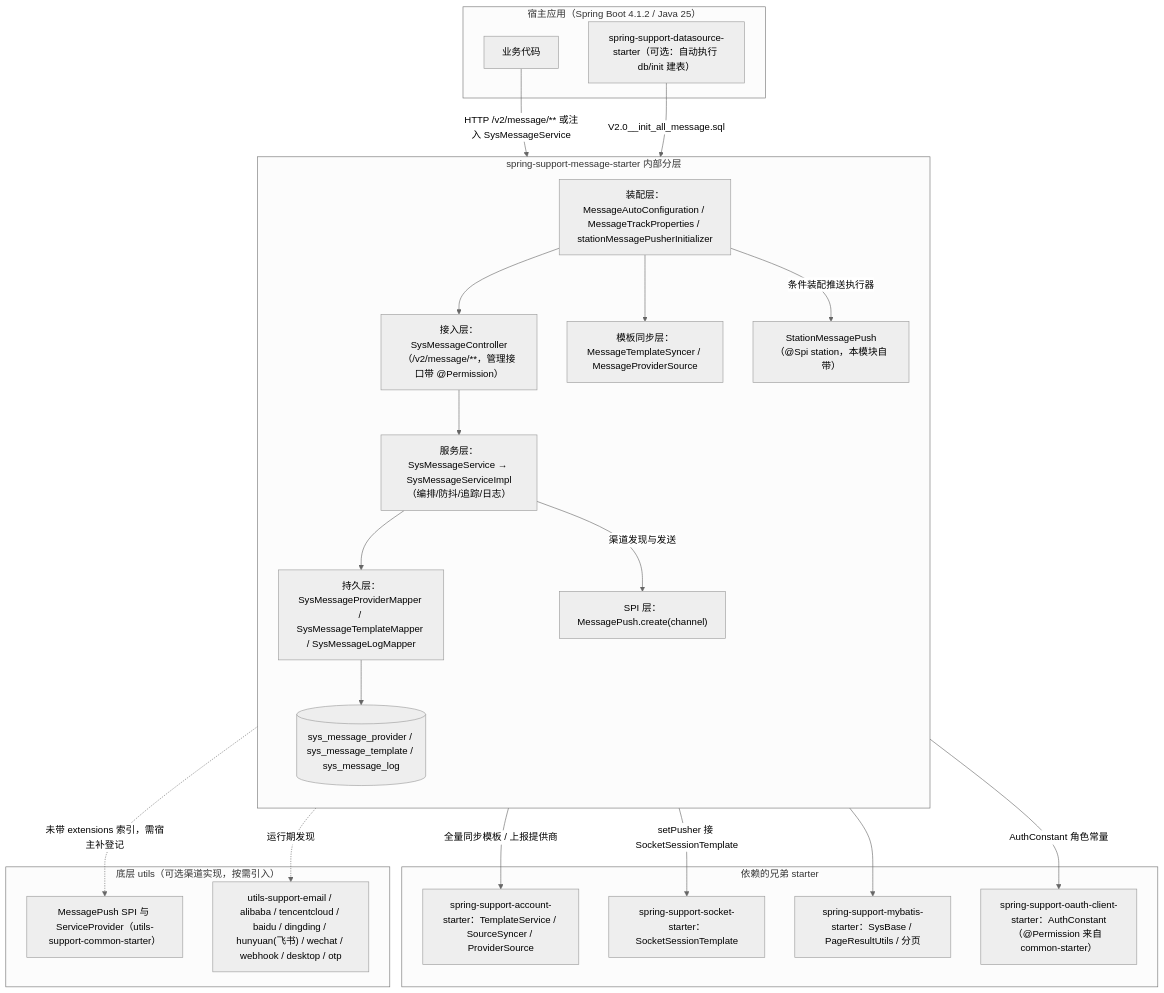
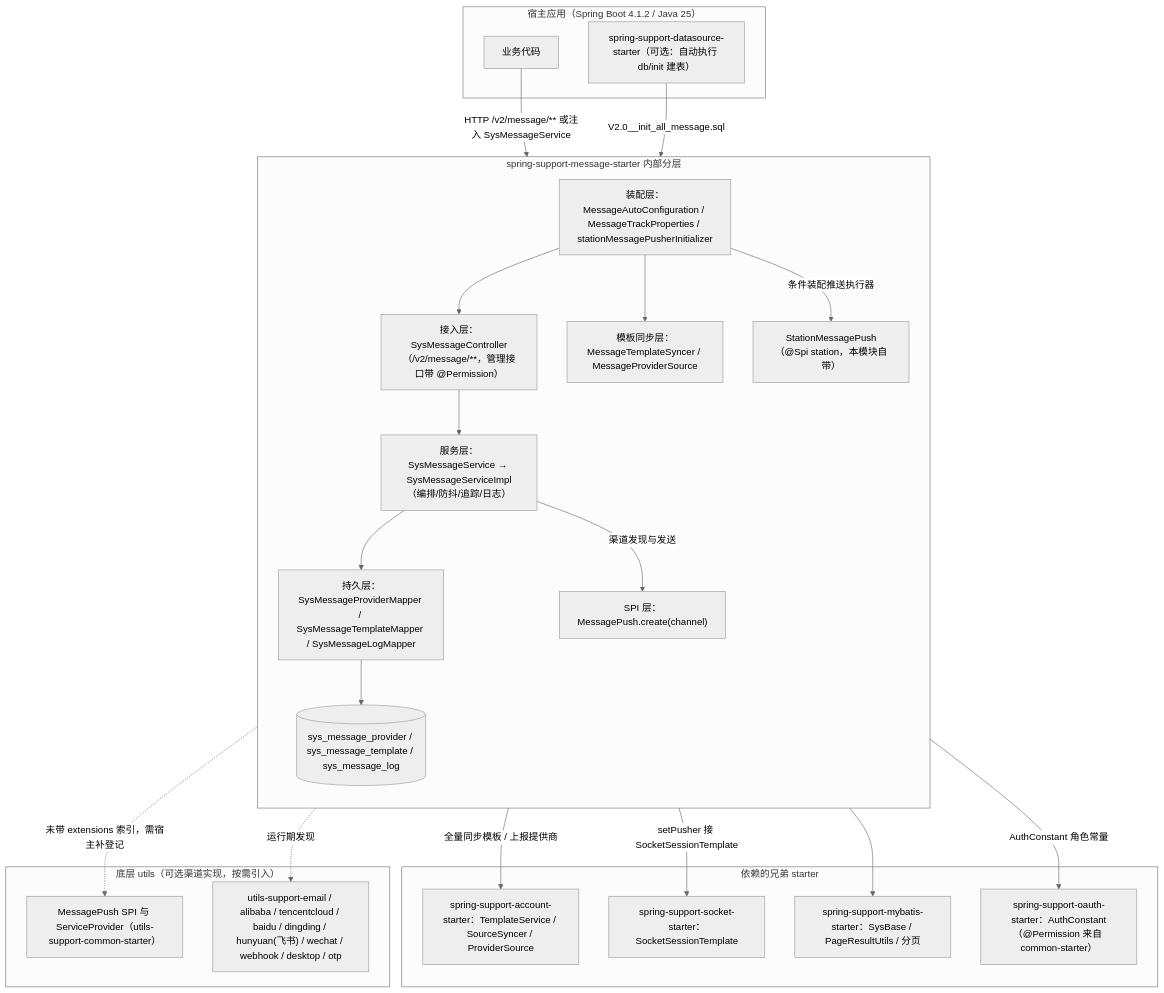
The first of 2 diagrams in spring-support-message-starter/README.md (CHTK001/spring-support-parent-starter), drawn with Mermaid (neutral theme) before and after one commit. The commit also changed 246 other files, not shown here.

````diff
--- a/spring-support-message-starter/README.md
+++ b/spring-support-message-starter/README.md
@@ -10,47 +10,47 @@
 ```mermaid
 flowchart TB
     subgraph HOST["宿主应用（Spring Boot 4.1.2 / Java 25）"]
         APP["业务代码"]
         DS["spring-support-datasource-starter（可选：自动执行 db/init 建表）"]
     end
 
     subgraph MSG["spring-support-message-starter 内部分层"]
         direction TB
         CFG["装配层：MessageAutoConfiguration / MessageTrackProperties / stationMessagePusherInitializer"]
         CTRL["接入层：SysMessageController（/v2/message/**，管理接口带 @Permission）"]
         SVC["服务层：SysMessageService → SysMessageServiceImpl（编排/防抖/追踪/日志）"]
         TPL["模板同步层：MessageTemplateSyncer / MessageProviderSource"]
         DAL["持久层：SysMessageProviderMapper / SysMessageTemplateMapper / SysMessageLogMapper"]
         TBL[("sys_message_provider / sys_message_template / sys_message_log")]
         SPI["SPI 层：MessagePush.create(channel)"]
         STA["StationMessagePush（@Spi station，本模块自带）"]
     end
 
     subgraph SIB["依赖的兄弟 starter"]
         ACC["spring-support-account-starter：TemplateService / SourceSyncer / ProviderSource"]
         SOCK["spring-support-socket-starter：SocketSessionTemplate"]
         MB["spring-support-mybatis-starter：SysBase / PageResultUtils / 分页"]
-        OAC["spring-support-oauth-client-starter：AuthConstant（@Permission 来自 common-starter）"]
+        OAC["spring-support-oauth-starter：AuthConstant（@Permission 来自 common-starter）"]
     end
 
     subgraph UT["底层 utils（可选渠道实现，按需引入）"]
         MPU["MessagePush SPI 与 ServiceProvider（utils-support-common-starter）"]
         CH["utils-support-email / alibaba / tencentcloud / baidu / dingding / hunyuan(飞书) / wechat / webhook / desktop / otp"]
     end
 
     APP -->|"HTTP /v2/message/** 或注入 SysMessageService"| CTRL
     CFG --> CTRL
     CFG --> TPL
     CFG -->|"条件装配推送执行器"| STA
     CTRL --> SVC
     SVC --> DAL
     DAL --> TBL
     SVC -->|"渠道发现与发送"| SPI
     SPI -.->|"运行期发现"| CH
     STA -.->|"未带 extensions 索引，需宿主补登记"| MPU
     TPL -->|"全量同步模板 / 上报提供商"| ACC
     STA -->|"setPusher 接 SocketSessionTemplate"| SOCK
     DS -->|"V2.0__init_all_message.sql"| TBL
     CFG --> MB
     CTRL -->|"AuthConstant 角色常量"| OAC
 ```
````
